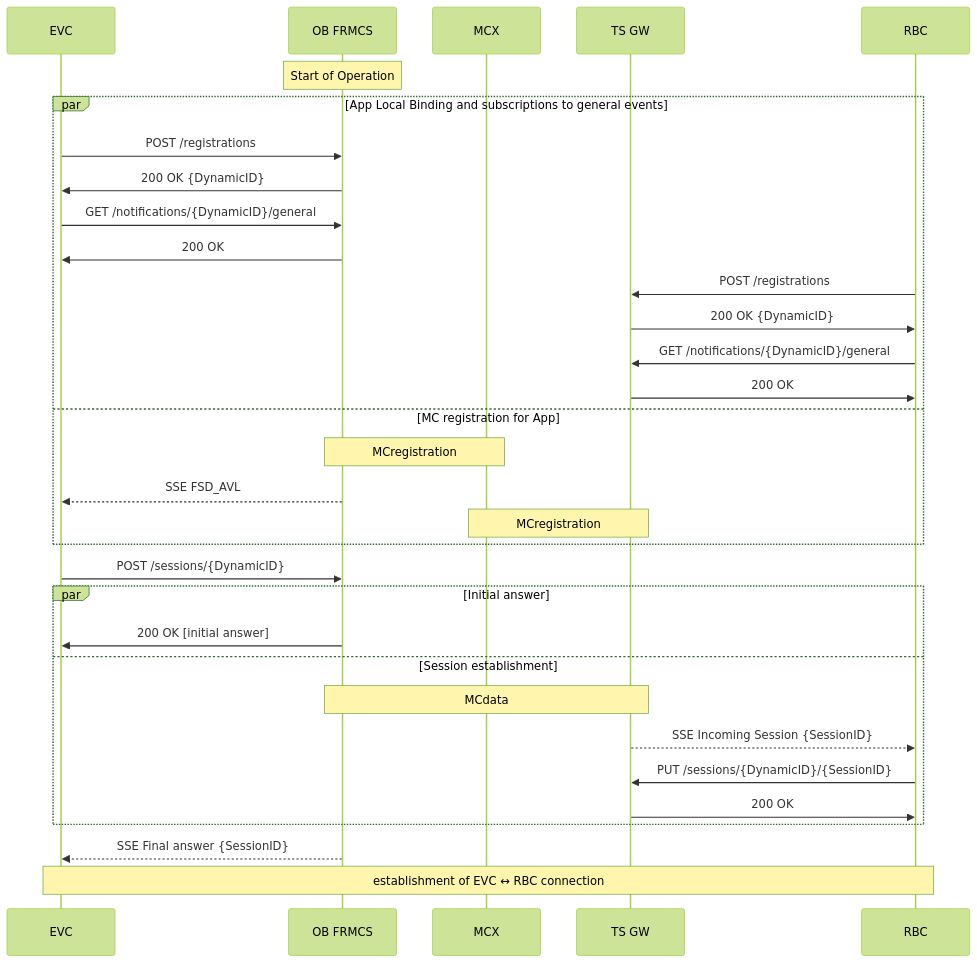
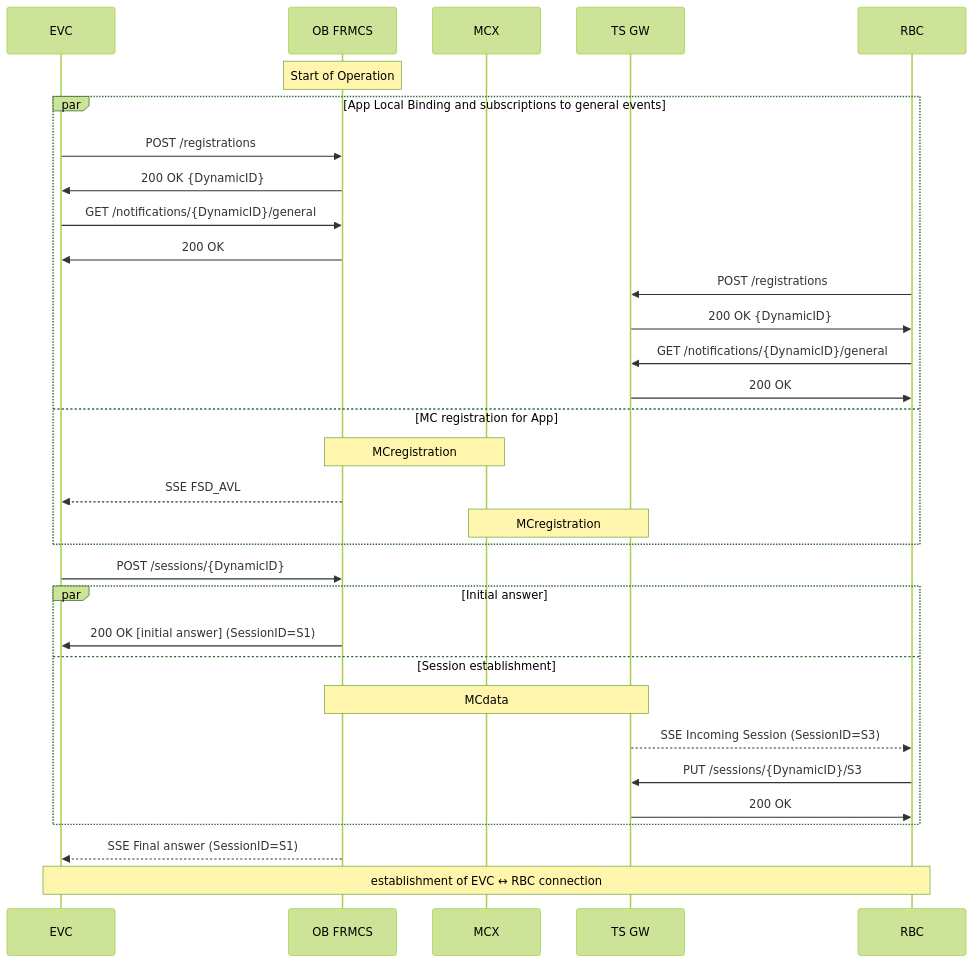
One commit to UICrail/FRMCSSandbox changed the second of 4 diagrams in API/README.md. Above: the diagram before and after it, drawn with Mermaid (forest theme). The commit also changed other lines of this file, not shown here.

Commit message:
README.md - corrected session identifiers in ETCS flows for readability

````diff
--- a/API/README.md
+++ b/API/README.md
@@ -54,40 +54,40 @@
 ```mermaid
 
 sequenceDiagram
 participant A as EVC
 participant O as OB FRMCS
 participant M as MCX
 participant T as TS GW
 participant B as RBC
 
 Note over O: Start of Operation
 par App Local Binding and subscriptions to general events
 	%Note over LCAppOB,OBfrmcs: OBapp local binding
 	A->>O: POST /registrations
 	O->>A: 200 OK {DynamicID}
 	A->>O: GET /notifications/{DynamicID}/general
 	O->>A: 200 OK
 	B->>T: POST /registrations
 	T->>B: 200 OK {DynamicID}
 	B->>T: GET /notifications/{DynamicID}/general
 	T->>B: 200 OK
 and MC registration for App
 	Note over O,M: MCregistration
 	O-->>A: SSE FSD_AVL
 	Note over T,M: MCregistration
 end
 
 %open session
 A->>O:	POST /sessions/{DynamicID}
 par Initial answer
-	O->>A:	200 OK [initial answer]
+	O->>A:	200 OK [initial answer] (SessionID=S1)
 and Session establishment
 	Note over O,T: MCdata
-	T-->>B:	SSE Incoming Session {SessionID}
-	B->>T:	PUT /sessions/{DynamicID}/{SessionID}
+	T-->>B:	SSE Incoming Session (SessionID=S3)
+	B->>T:	PUT /sessions/{DynamicID}/S3
 	T->>B: 200 OK
 end
-O-->>A:	SSE Final answer {SessionID}	
+O-->>A:	SSE Final answer (SessionID=S1)	
 Note over A,B: establishment of EVC ↔ RBC connection
 
 ```
````
